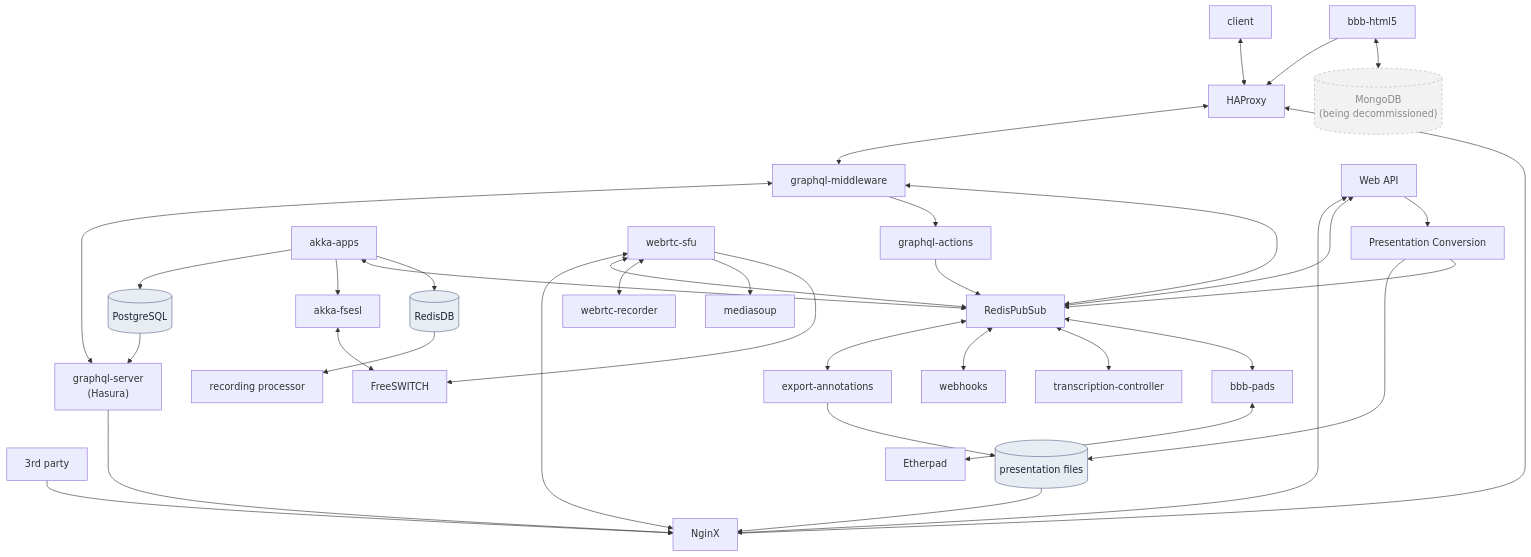
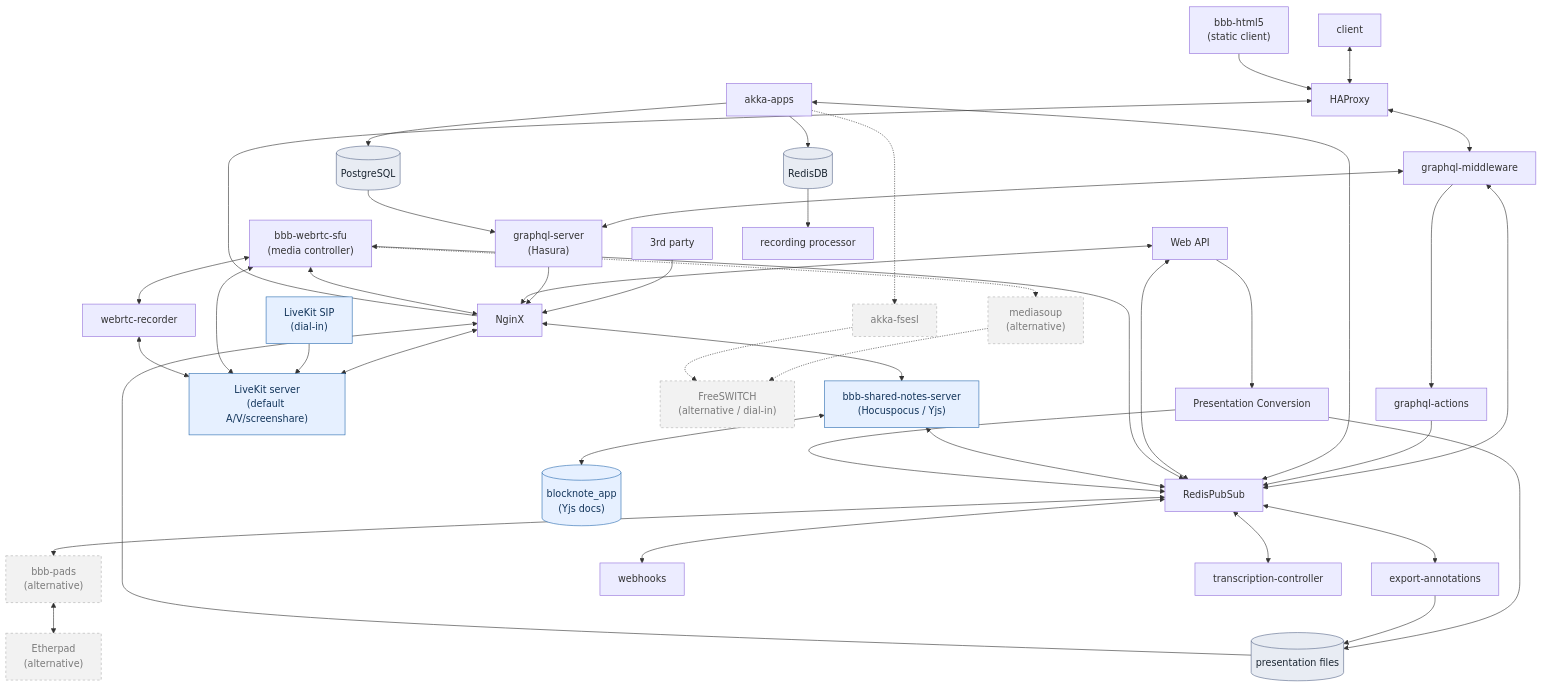
The diagram in docs/docs/development/architecture.md (bigbluebutton/bigbluebutton), drawn with Mermaid before and after one commit.

Commit message:
docs: update architecture diagram for BigBlueButton 4.0
Refresh the (now inline) Mermaid architecture diagram to match 4.0:

- Remove MongoDB (fully decommissioned; bbb-html5 is a static client fed
  by GraphQL/Hasura/PostgreSQL).
- Add LiveKit server + LiveKit SIP as the default media path
  (audio/video/screenshare + dial-in); relabel bbb-webrtc-sfu as the
  media controller and mark mediasoup/FreeSWITCH/akka-fsesl as the
  alternative bridge.
- Add BlockNote shared notes (new bbb-shared-notes-server, Hocuspocus/Yjs
  and its blocknote_app store) as the default; mark bbb-pads/Etherpad as
  the alternative editor.

Blue = new/default in 4.0; grey-dashed = alternative/opt-in path.

````diff
--- a/docs/docs/development/architecture.md
+++ b/docs/docs/development/architecture.md
@@ -19,5 +19,7 @@
 ```mermaid
 flowchart TB
+  %% Blue = new/default in 4.0 · grey-dashed = alternative/opt-in path
+
   %% ── Edge / reverse proxies ──────────────────────────
   client[client]
   haproxy[HAProxy]
@@ -28,16 +30,14 @@
   nginx --> haproxy
   thirdparty --> nginx
 
-  %% ── HTML5 client, GraphQL stack & datastores ────────
-  html5[bbb-html5]
+  %% ── HTML5 client, GraphQL stack & datastore ─────────
+  html5["bbb-html5<br/>(static client)"]
   gqlmw[graphql-middleware]
   hasura["graphql-server<br/>(Hasura)"]
   gqlactions[graphql-actions]
-  mongo[("MongoDB<br/>(being decommissioned)")]
   postgres[(PostgreSQL)]
 
   html5 --> haproxy
-  html5 <--> mongo
   haproxy <--> gqlmw
   gqlmw <--> hasura
   gqlmw --> gqlactions
@@ -48,29 +48,53 @@
 
   %% ── Core apps ───────────────────────────────────────
   akkaapps[akka-apps]
-  akkafsesl[akka-fsesl]
   webapi[Web API]
   redis[RedisPubSub]
 
   akkaapps --> postgres
-  akkaapps --> akkafsesl
   akkaapps <--> redis
   akkaapps --> redisdb
   webapi <--> nginx
   webapi <--> redis
 
-  %% ── Media ───────────────────────────────────────────
-  sfu[webrtc-sfu]
-  freeswitch[FreeSWITCH]
-  mediasoup[mediasoup]
+  %% ── Media: LiveKit (default) ─────────────────────────
+  livekit["LiveKit server<br/>(default A/V/screenshare)"]:::neo
+  livekitsip["LiveKit SIP<br/>(dial-in)"]:::neo
+  sfu["bbb-webrtc-sfu<br/>(media controller)"]
   recorder[webrtc-recorder]
 
+  nginx <--> livekit
+  livekitsip --> livekit
+  sfu <--> livekit
   sfu <--> nginx
   sfu <--> redis
+  recorder <--> livekit
   sfu <--> recorder
-  sfu --> mediasoup
-  sfu --> freeswitch
-  akkafsesl <--> freeswitch
+
+  %% ── Media: mediasoup + FreeSWITCH (alternative) ──────
+  mediasoup["mediasoup<br/>(alternative)"]:::alt
+  freeswitch["FreeSWITCH<br/>(alternative / dial-in)"]:::alt
+  akkafsesl[akka-fsesl]:::alt
+
+  sfu -.-> mediasoup
+  mediasoup -.-> freeswitch
+  akkaapps -.-> akkafsesl
+  akkafsesl -.-> freeswitch
+
+  %% ── Shared notes: BlockNote (default) ────────────────
+  sharednotes["bbb-shared-notes-server<br/>(Hocuspocus / Yjs)"]:::neo
+  blocknotedb[("blocknote_app<br/>(Yjs docs)")]:::neo
+
+  nginx <--> sharednotes
+  sharednotes <--> blocknotedb
+  sharednotes <--> redis
+
+  %% ── Shared notes: Etherpad (alternative) ─────────────
+  pads["bbb-pads<br/>(alternative)"]:::alt
+  etherpad["Etherpad<br/>(alternative)"]:::alt
+
+  redis <--> pads
+  pads <--> etherpad
 
   %% ── Presentation conversion & static files ──────────
   prescon[Presentation Conversion]
@@ -81,12 +105,10 @@
   prescon --> redis
   presfiles --> nginx
 
-  %% ── Recording, pads & other Redis consumers ─────────
+  %% ── Recording & other Redis consumers ────────────────
   exportann[export-annotations]
   webhooks[webhooks]
   transcription[transcription-controller]
-  pads[bbb-pads]
-  etherpad[Etherpad]
   redisdb[(RedisDB)]
   recproc[recording processor]
 
@@ -94,13 +116,11 @@
   exportann --> presfiles
   redis <--> webhooks
   redis <--> transcription
-  redis <--> pads
-  pads <--> etherpad
   redisdb --> recproc
 
   %% ── Styling ─────────────────────────────────────────
   classDef store fill:#e8ecf3,stroke:#5b6b8c,color:#1c2733;
-  classDef deprecated fill:#f2f2f2,stroke:#b0b0b0,color:#8a8a8a,stroke-dasharray:4 4;
+  classDef alt   fill:#f2f2f2,stroke:#b0b0b0,color:#7a7a7a,stroke-dasharray:4 4;
+  classDef neo   fill:#e6f0ff,stroke:#2b6cb0,color:#12345a;
   class postgres,presfiles,redisdb store;
-  class mongo deprecated;
 ```
````
